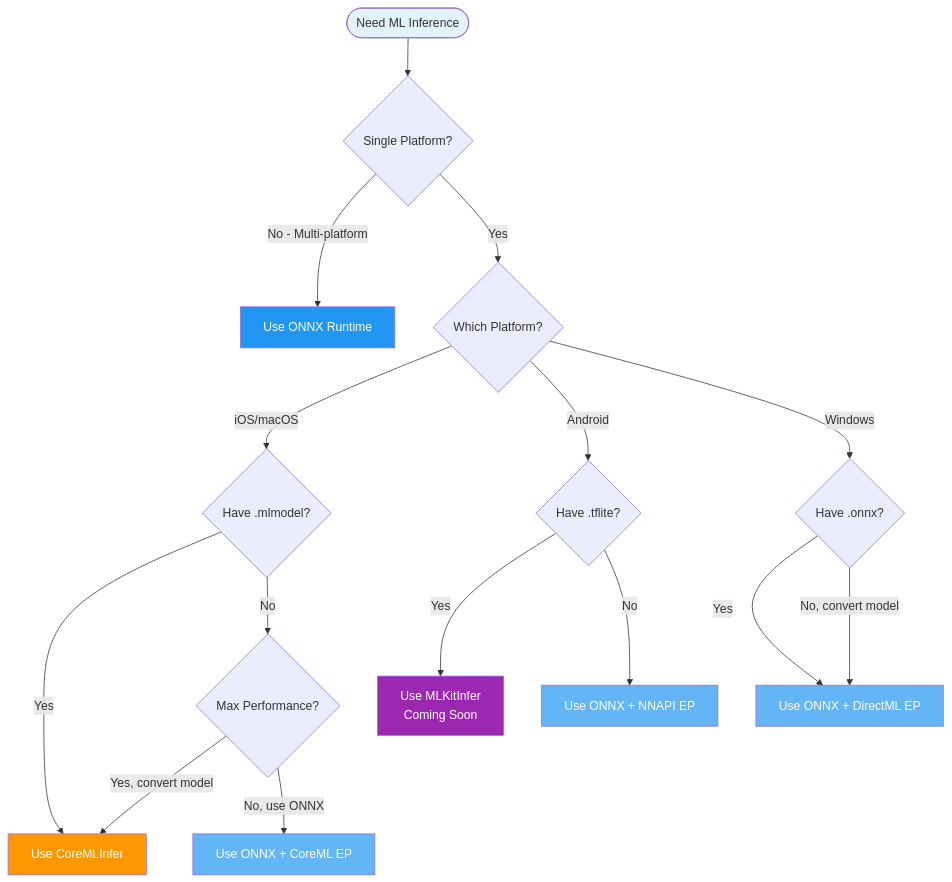
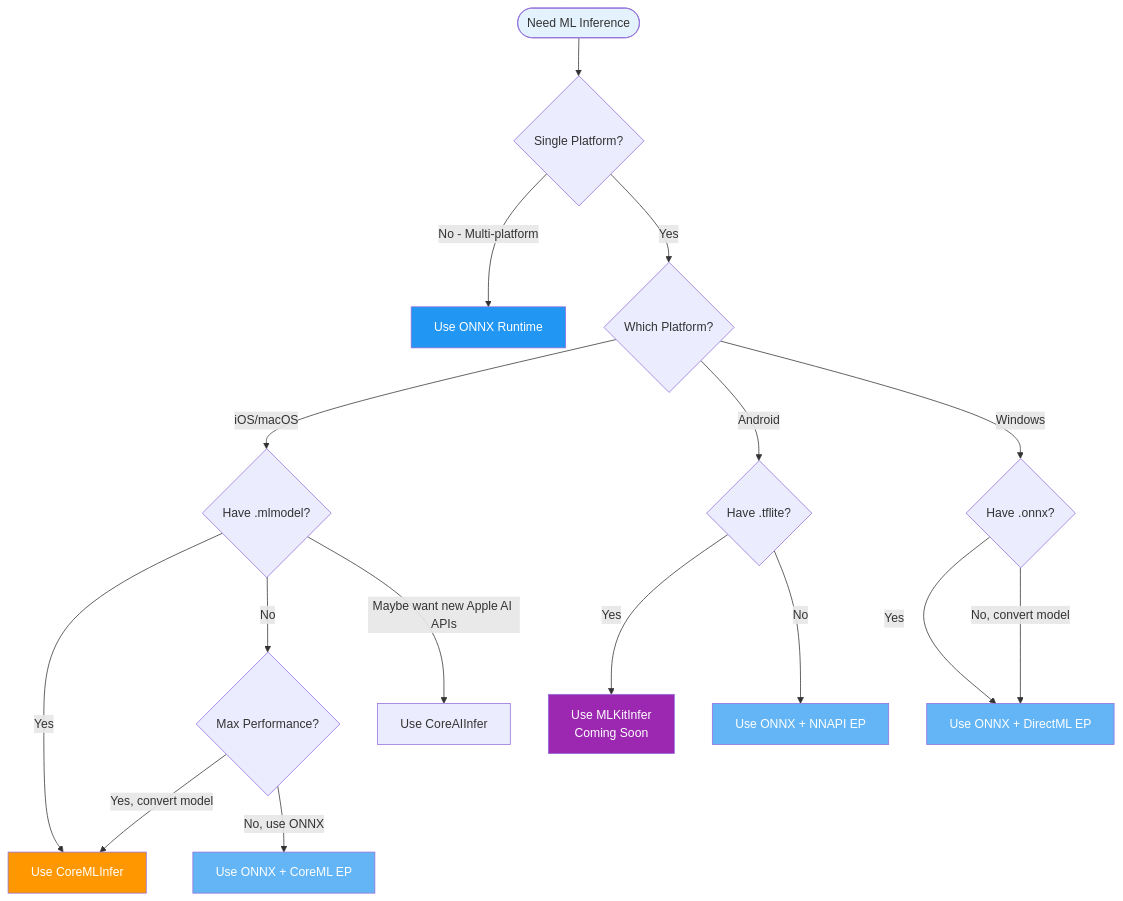
Before and after one commit to Clinical-Support-Systems/Plugin.Maui.ML: the fourth of 4 diagrams in docs/ARCHITECTURE.md, drawn with Mermaid. The commit also changed other lines of this file and 9 other files, not shown here.

````diff
--- a/docs/ARCHITECTURE.md
+++ b/docs/ARCHITECTURE.md
@@ -232,33 +254,35 @@
 ```mermaid
 graph TD
     START([Need ML Inference])
     
     START --> Q1{Single Platform?}
     
     Q1 -->|No - Multi-platform| ONNX[Use ONNX Runtime]
     Q1 -->|Yes| Q2{Which Platform?}
     
     Q2 -->|iOS/macOS| Q3{Have .mlmodel?}
     Q2 -->|Android| Q4{Have .tflite?}
     Q2 -->|Windows| Q5{Have .onnx?}
     
     Q3 -->|Yes| COREML[Use CoreMLInfer]
     Q3 -->|No| Q6{Max Performance?}
-    
+
     Q6 -->|Yes, convert model| COREML
     Q6 -->|No, use ONNX| ONNX_IOS[Use ONNX + CoreML EP]
+
+    Q3 -->|Maybe want new Apple AI APIs| COREAI[Use CoreAIInfer]
     
     Q4 -->|Yes| MLKIT[Use MLKitInfer<br/>Coming Soon]
     Q4 -->|No| ONNX_ANDROID[Use ONNX + NNAPI EP]
     
     Q5 -->|Yes| ONNX_WIN[Use ONNX + DirectML EP]
     Q5 -->|No, convert model| ONNX_WIN
     
     style START fill:#E3F2FD
     style ONNX fill:#2196F3,color:#fff
     style COREML fill:#FF9800,color:#fff
     style MLKIT fill:#9C27B0,color:#fff
     style ONNX_IOS fill:#64B5F6,color:#fff
     style ONNX_ANDROID fill:#64B5F6,color:#fff
     style ONNX_WIN fill:#64B5F6,color:#fff
 ```
````
